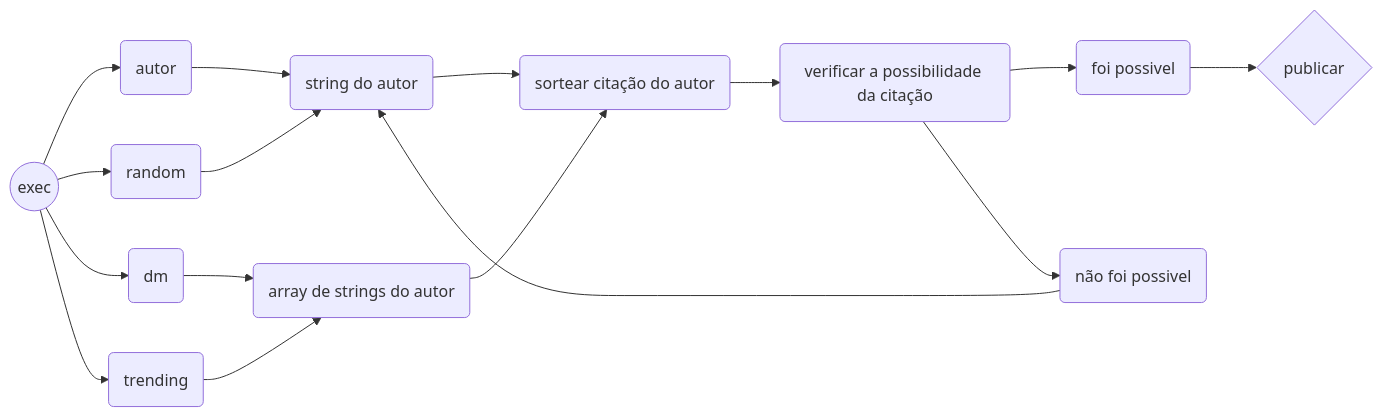
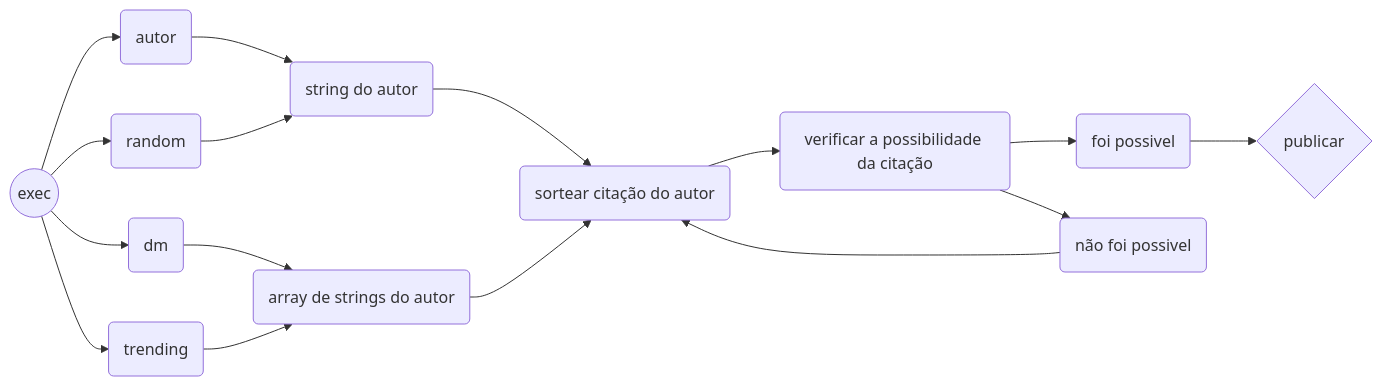
Before and after one commit to luisArthurRodriguesDaSilva/el_dog_citador: the diagram in README.md, drawn with Mermaid. The commit also changed other lines of this file, not shown here.

````diff
--- a/README.md
+++ b/README.md
@@ -28,31 +26,31 @@
 ```mermaid
 graph LR
 exec((exec))
 B(dm)
 C(trending)
 D(autor)
 E(random)
 a(string do autor)
 A(array de strings do autor)
 S(sortear citação do autor)
 v(verificar a possibilidade da citação)
 fp(foi possivel)
 nfp(não foi possivel)
 p{publicar}
 
 exec --> E
 exec --> D
 exec --> B
 exec --> C
 B --> A
 C --> A 
 D --> a
 E --> a
 a --> S
 A --> S
 S --> v
 v --> fp
 v --> nfp
-nfp --> a
+nfp --> S
 fp --> p
 ```
````
